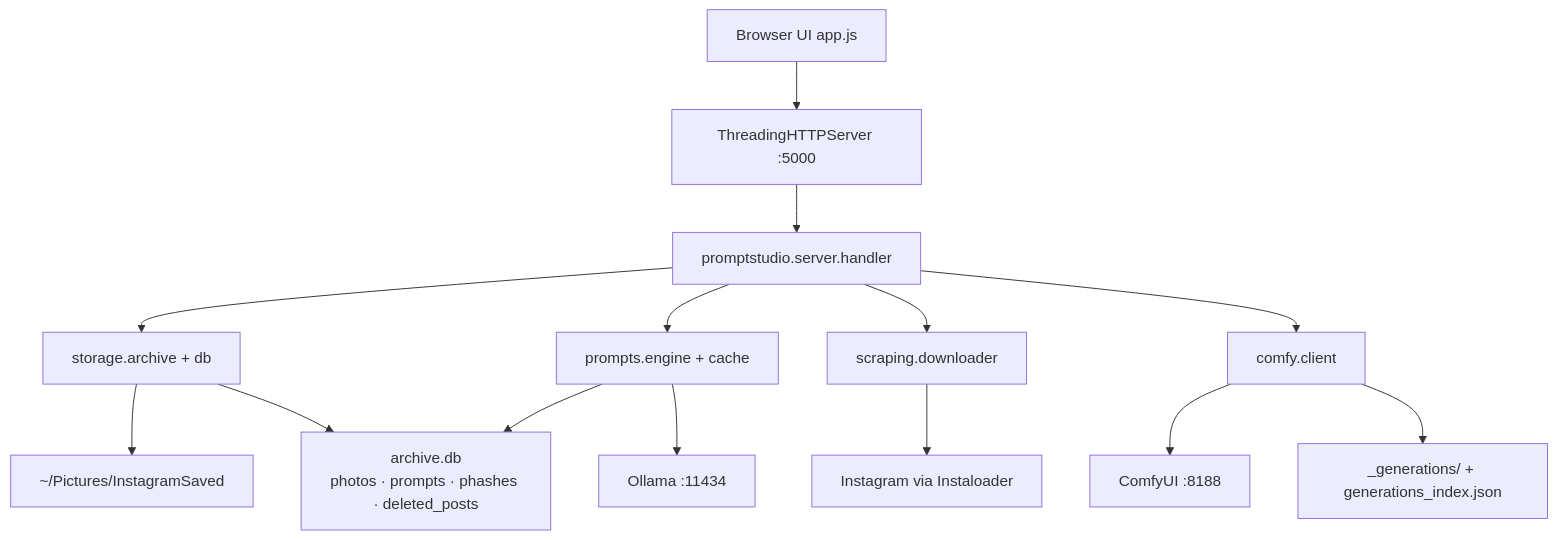
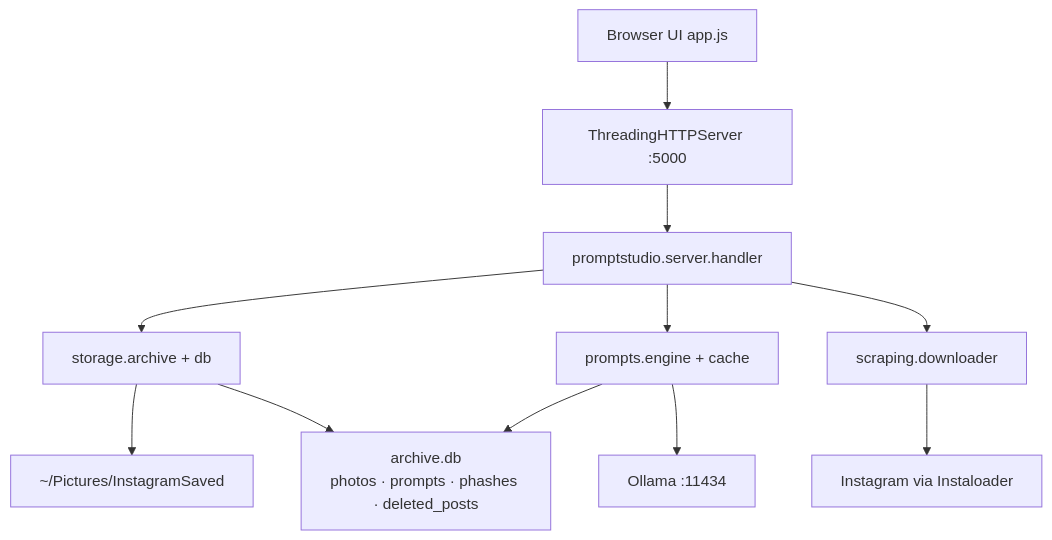
The diagram in docs/architecture.md (curiousCoder-9000/PromptStudio), drawn with Mermaid before and after one commit. The commit also changed other lines of this file and 74 other files, not shown here.

````diff
--- a/docs/architecture.md
+++ b/docs/architecture.md
@@ -9,16 +9,13 @@
 ```mermaid
 graph TD
     Browser[Browser UI app.js] --> HTTP[ThreadingHTTPServer :5000]
     HTTP --> Handler[promptstudio.server.handler]
     Handler --> Archive[storage.archive + db]
     Handler --> Prompts[prompts.engine + cache]
     Handler --> Scraping[scraping.downloader]
-    Handler --> Comfy[comfy.client]
     Scraping --> IG[Instagram via Instaloader]
     Archive --> Disk["~/Pictures/InstagramSaved"]
     Archive --> SQLite["archive.db<br/>photos · prompts · phashes · deleted_posts"]
     Prompts --> Ollama[Ollama :11434]
     Prompts --> SQLite
-    Comfy --> ComfyUI[ComfyUI :8188]
-    Comfy --> Gens["_generations/ + generations_index.json"]
 ```
````
